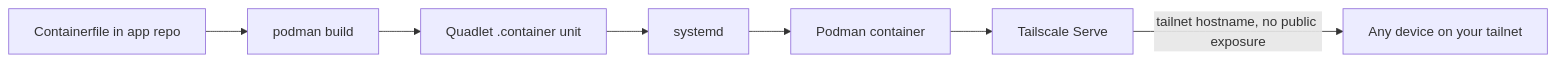
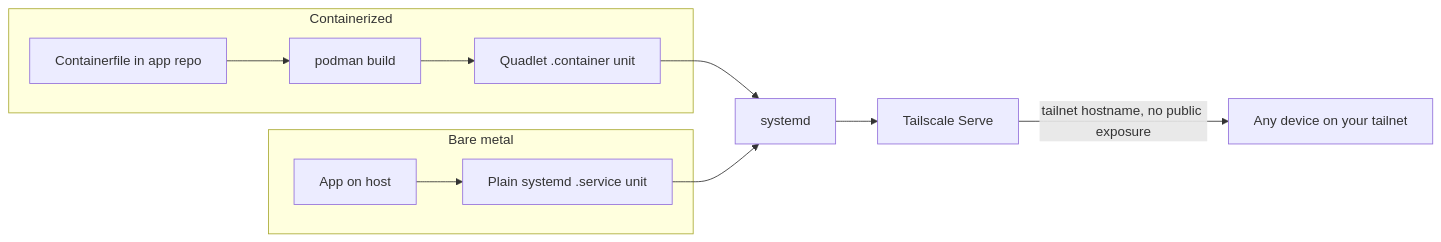
One commit to atindriyaghosh/how changed the diagram in bundle/patterns/tailnet-serve.md. Above: the diagram before and after it, drawn with Mermaid. The commit also changed other lines of this file, not shown here.

First line of the commit message:
Bare-metal and Podman are both accepted, not a rejected alternative

````diff
--- a/bundle/patterns/tailnet-serve.md
+++ b/bundle/patterns/tailnet-serve.md
@@ -82,9 +85,14 @@
 ```mermaid
 flowchart LR
-    A[Containerfile in app repo] --> B[podman build]
-    B --> C[Quadlet .container unit]
-    C --> D[systemd]
-    D --> E[Podman container]
-    E --> F[Tailscale Serve]
-    F -->|tailnet hostname, no public exposure| G[Any device on your tailnet]
+    subgraph Containerized
+        A1[Containerfile in app repo] --> A2[podman build]
+        A2 --> A3[Quadlet .container unit]
+    end
+    subgraph "Bare metal"
+        B1[App on host] --> B2[Plain systemd .service unit]
+    end
+    A3 --> C[systemd]
+    B2 --> C
+    C --> D[Tailscale Serve]
+    D -->|tailnet hostname, no public exposure| E[Any device on your tailnet]
 ```
````
